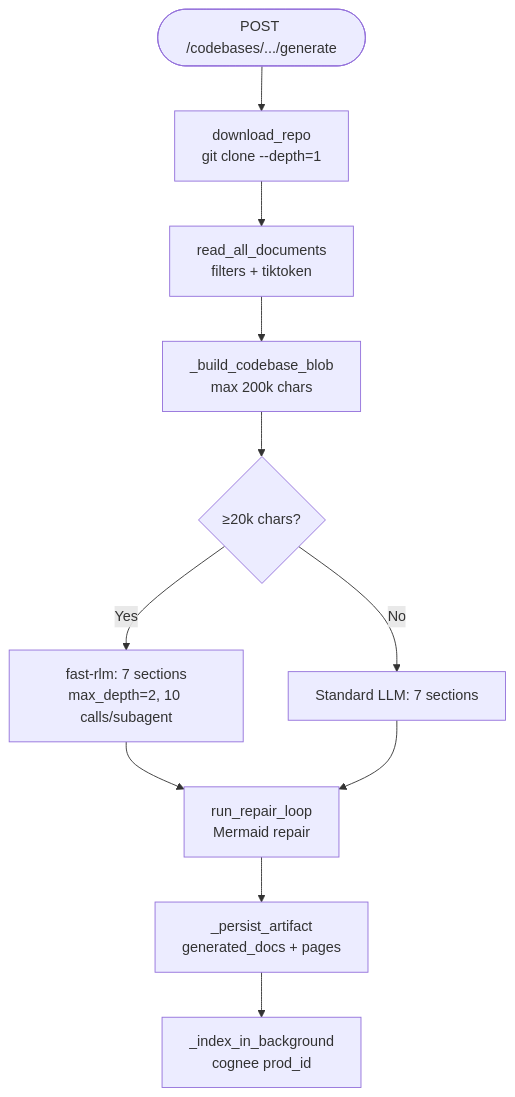
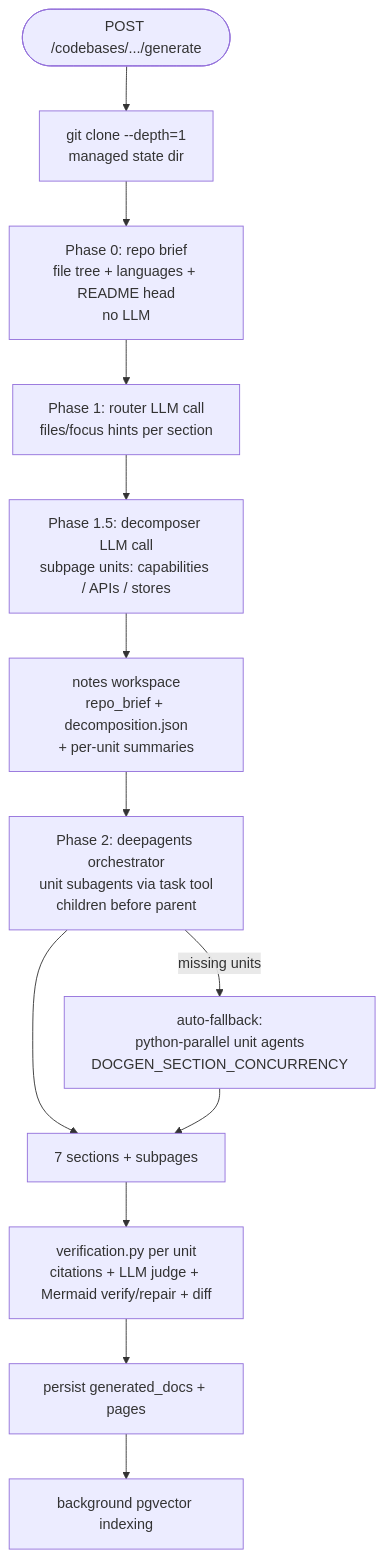
Before and after one commit to bocharoviliyav/productarium: the second of 2 diagrams in README.md, drawn with Mermaid. The commit also changed other lines of this file and 301 other files, not shown here.

````diff
--- a/README.md
+++ b/README.md
@@ -369,13 +297,15 @@
 ```mermaid
 flowchart TD
-  G([POST /codebases/.../generate]) --> CB[download_repo<br/>git clone --depth=1]
-  CB --> Read[read_all_documents<br/>filters + tiktoken]
-  Read --> Blob[_build_codebase_blob<br/>max 200k chars]
-  Blob --> Len{≥20k chars?}
-  Len -->|Yes| RLM[fast-rlm: 7 sections<br/>max_depth=2, 10 calls/subagent]
-  Len -->|No| LLM[Standard LLM: 7 sections]
-  RLM --> Repair[run_repair_loop<br/>Mermaid repair]
-  LLM --> Repair
-  Repair --> Pers[_persist_artifact<br/>generated_docs + pages]
-  Pers --> Idx[_index_in_background<br/>cognee prod_id]
+  G([POST /codebases/.../generate]) --> CB[git clone --depth=1<br/>managed state dir]
+  CB --> Brief[Phase 0: repo brief<br/>file tree + languages + README head<br/>no LLM]
+  Brief --> Router[Phase 1: router LLM call<br/>files/focus hints per section]
+  Router --> Decomp[Phase 1.5: decomposer LLM call<br/>subpage units: capabilities / APIs / stores]
+  Decomp --> Notes[notes workspace<br/>repo_brief + decomposition.json<br/>+ per-unit summaries]
+  Notes --> Orch[Phase 2: deepagents orchestrator<br/>unit subagents via task tool<br/>children before parent]
+  Orch -->|missing units| FB[auto-fallback:<br/>python-parallel unit agents<br/>DOCGEN_SECTION_CONCURRENCY]
+  Orch --> OUT[7 sections + subpages]
+  FB --> OUT
+  OUT --> V[verification.py per unit<br/>citations + LLM judge + Mermaid verify/repair + diff]
+  V --> Pers[persist generated_docs + pages]
+  Pers --> Idx[background pgvector indexing]
 ```
````
